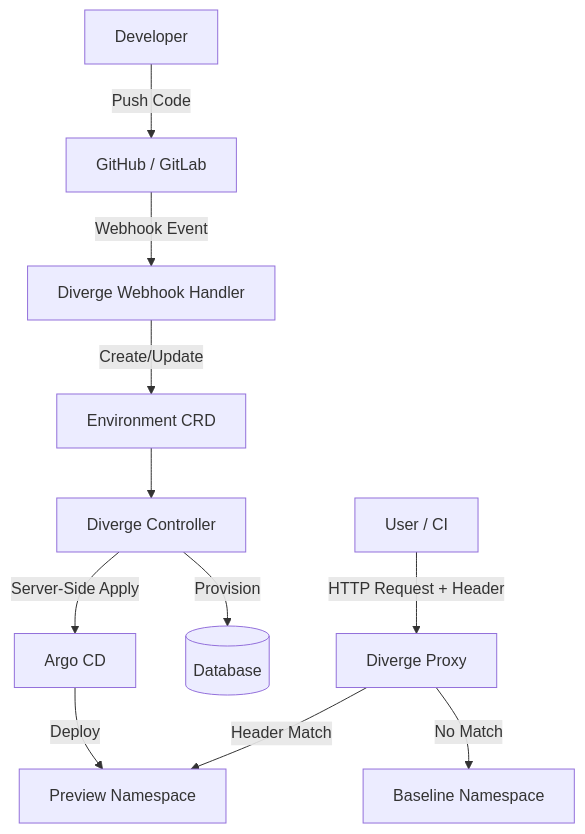
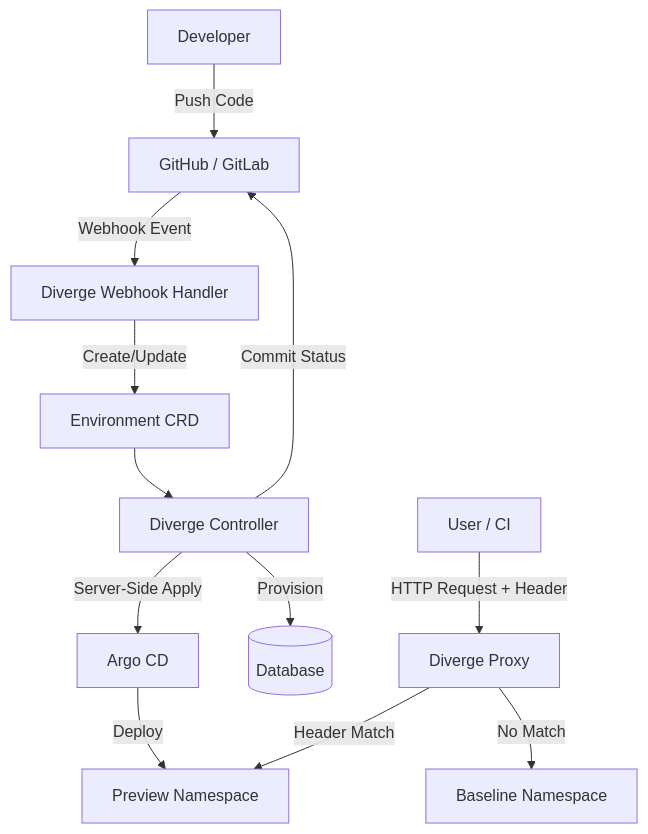
One commit to divergedev/divergedev.github.io changed the diagram in src/content/docs/architecture/overview.md. Above: the diagram before and after it, drawn with Mermaid. The commit also changed other lines of this file and 7 other files, not shown here.

First line of the commit message:
docs: add phases 3-5 features (merge gating, namespace labels, schema provider)

````diff
--- a/src/content/docs/architecture/overview.md
+++ b/src/content/docs/architecture/overview.md
@@ -27,18 +31,19 @@
 ```mermaid
 graph TD
     Dev[Developer] -->|Push Code| Git[GitHub / GitLab]
     Git -->|Webhook Event| Webhook[Diverge Webhook Handler]
     Webhook -->|Create/Update| CRD[Environment CRD]
     
     CRD --> Controller[Diverge Controller]
     
     Controller -->|Server-Side Apply| Argo[Argo CD]
+    Controller -->|Commit Status| Git
     Controller -->|Provision| DB[(Database)]
     
     Argo -->|Deploy| PreviewNs[Preview Namespace]
     
     User[User / CI] -->|HTTP Request + Header| Proxy[Diverge Proxy]
     
     Proxy -->|Header Match| PreviewNs
     Proxy -->|No Match| BaselineNs[Baseline Namespace]
 ```
````
